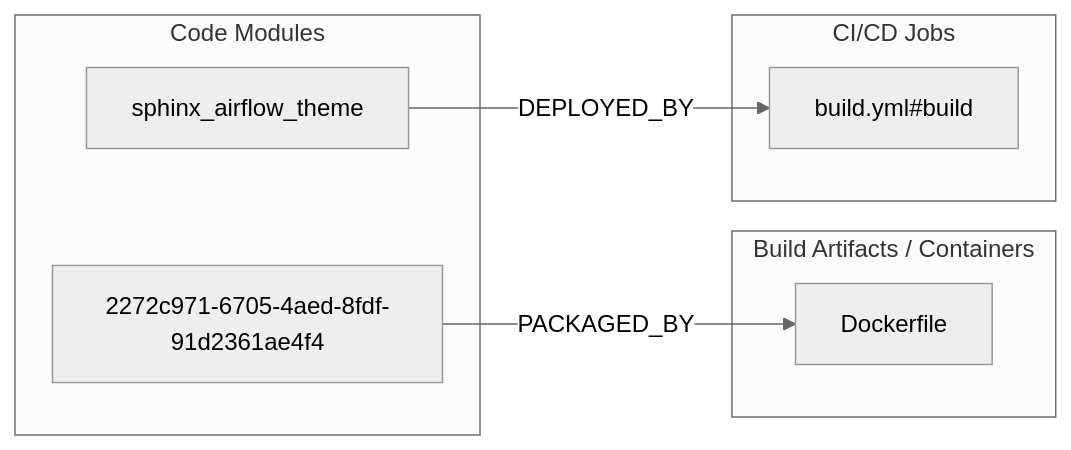
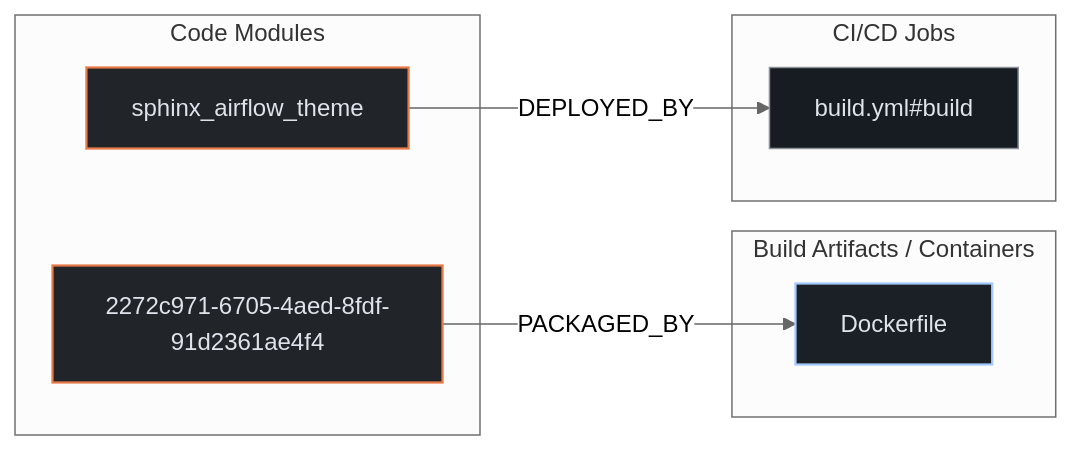
One commit to kumarshaz/atruss-code-atlas changed the second of 3 diagrams in exports/latest/reports/apache-airflow-site-report.md. Above: the diagram before and after it, drawn with Mermaid (neutral theme). The commit also changed other lines of this file and 331 other files, not shown here.

Commit message:
docs,ui,fix: update SDLC docs, reorder CI/CD DAG first, stylize Mermaid, and fix Arc42 pipeline topology

````diff
--- a/exports/latest/reports/apache-airflow-site-report.md
+++ b/exports/latest/reports/apache-airflow-site-report.md
@@ -109,15 +116,19 @@
 ```mermaid
 flowchart LR
+    classDef atlasCategory fill:#212428,stroke:#E87A48,stroke-width:1.5px,color:#dfe3eb
+    classDef atlasWorkflow fill:#1b2026,stroke:#a3c9ff,stroke-width:1.5px,color:#dfe3eb
+    classDef atlasJob fill:#171c22,stroke:#8d9199,stroke-width:1px,color:#dfe3eb
+    classDef atlasTarget fill:#005227,stroke:#8bd99b,stroke-width:1.5px,color:#a7f6b6
     subgraph code_modules["Code Modules"]
-        mod_2272c971_6705_4aed_8fdf_91d2361ae4f4["2272c971-6705-4aed-8fdf-91d2361ae4f4"]
-        mod_sphinx_airflow_theme["sphinx_airflow_theme"]
+        mod_2272c971_6705_4aed_8fdf_91d2361ae4f4["2272c971-6705-4aed-8fdf-91d2361ae4f4"]:::atlasCategory
+        mod_sphinx_airflow_theme["sphinx_airflow_theme"]:::atlasCategory
     end
     subgraph build_artifacts["Build Artifacts / Containers"]
-        art_Dockerfile["Dockerfile"]
+        art_Dockerfile["Dockerfile"]:::atlasWorkflow
     end
     subgraph ci_jobs["CI/CD Jobs"]
-        job_build_yml_build["build.yml#build"]
+        job_build_yml_build["build.yml#build"]:::atlasJob
     end
     mod_2272c971_6705_4aed_8fdf_91d2361ae4f4 -->|PACKAGED_BY| art_Dockerfile
     mod_sphinx_airflow_theme -->|DEPLOYED_BY| job_build_yml_build
 ```
````
